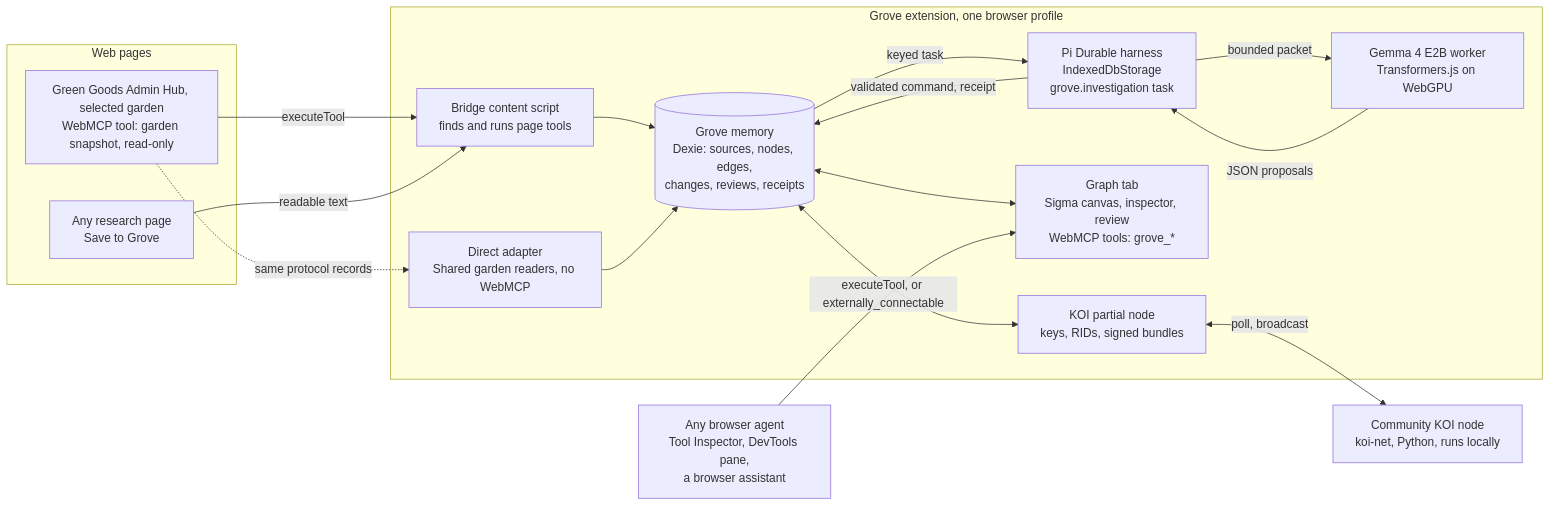
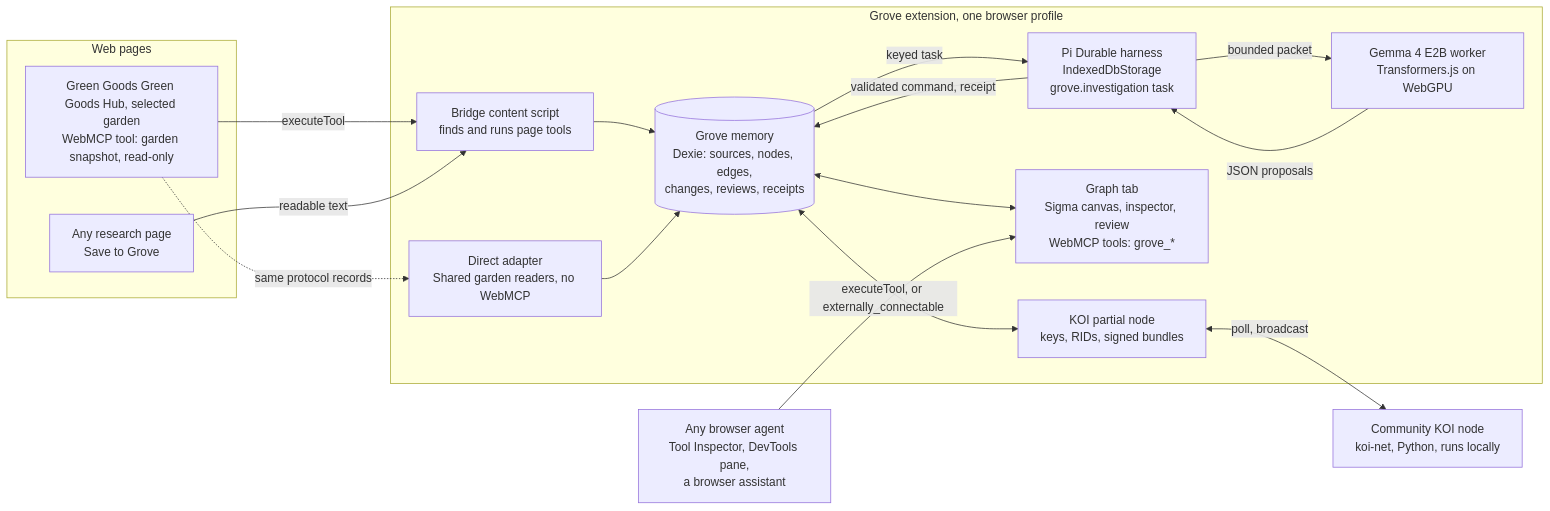
The diagram in .plans/ideas/grove/prototype.md (greenpill-dev-guild/green-goods), drawn with Mermaid before and after one commit. The commit also changed other lines of this file and 10 other files, not shown here.

First line of the commit message:
docs(plans): name the local steward surface Green Goods Hub

````diff
--- a/.plans/ideas/grove/prototype.md
+++ b/.plans/ideas/grove/prototype.md
@@ -29,31 +29,31 @@
 ```mermaid
 flowchart LR
   subgraph Pages["Web pages"]
-    GG["Green Goods Admin Hub, selected garden<br/>WebMCP tool: garden snapshot, read-only"]
+    GG["Green Goods Green Goods Hub, selected garden<br/>WebMCP tool: garden snapshot, read-only"]
     SRC["Any research page<br/>Save to Grove"]
   end
   subgraph Ext["Grove extension, one browser profile"]
     BR["Bridge content script<br/>finds and runs page tools"]
     DIR["Direct adapter<br/>Shared garden readers, no WebMCP"]
     MEM[("Grove memory<br/>Dexie: sources, nodes, edges,<br/>changes, reviews, receipts")]
     PI["Pi Durable harness<br/>IndexedDbStorage<br/>grove.investigation task"]
     GEM["Gemma 4 E2B worker<br/>Transformers.js on WebGPU"]
     UI["Graph tab<br/>Sigma canvas, inspector, review<br/>WebMCP tools: grove_*"]
     KOI["KOI partial node<br/>keys, RIDs, signed bundles"]
   end
   PEER["Community KOI node<br/>koi-net, Python, runs locally"]
   AGENT["Any browser agent<br/>Tool Inspector, DevTools pane,<br/>a browser assistant"]
   GG -->|"executeTool"| BR
   GG -.->|"same protocol records"| DIR
   SRC -->|"readable text"| BR
   BR --> MEM
   DIR --> MEM
   MEM -->|"keyed task"| PI
   PI -->|"bounded packet"| GEM
   GEM -->|"JSON proposals"| PI
   PI -->|"validated command, receipt"| MEM
   MEM <--> UI
   MEM <--> KOI
   KOI <-->|"poll, broadcast"| PEER
   AGENT -->|"executeTool, or externally_connectable"| UI
 ```
````
